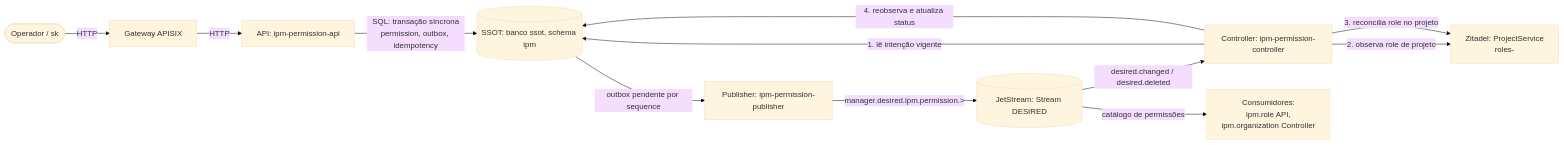
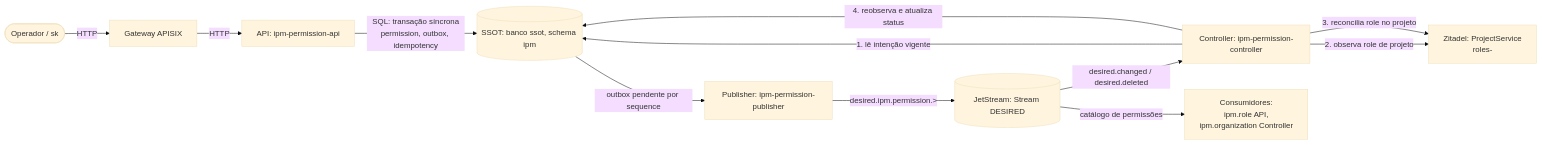
One commit to danielsabatini/smarkee changed the diagram in features/ipm/permission/docs/architecture/01-componentes.mmd. Above: the diagram before and after it, drawn with Mermaid (base theme). The commit also changed 81 other files, not shown here.

Commit message:
docs: alinhar documentações e diagramas aos subjects de 4 tokens do NATS

```diff
--- a/features/ipm/permission/docs/architecture/01-componentes.mmd
+++ b/features/ipm/permission/docs/architecture/01-componentes.mmd
@@ -1,12 +1,12 @@
 flowchart LR
   U([Operador / sk]) -->|HTTP| GW[Gateway APISIX]
   GW -->|HTTP| API[API: ipm-permission-api]
   API -->|SQL: transação síncrona\npermission, outbox, idempotency| DB[(SSOT: banco ssot, schema ipm)]
   DB -->|outbox pendente por sequence| PUB[Publisher: ipm-permission-publisher]
-  PUB -->|manager.desired.ipm.permission.>| NATS[(JetStream: Stream DESIRED)]
+  PUB -->|desired.ipm.permission.>| NATS[(JetStream: Stream DESIRED)]
   NATS -->|desired.changed / desired.deleted| CTRL[Controller: ipm-permission-controller]
   CTRL -->|1. lê intenção vigente| DB
   CTRL -->|2. observa role de projeto| ZIT["Zitadel: ProjectService\nroles-<módulo>"]
   CTRL -->|3. reconcilia role no projeto| ZIT
   CTRL -->|4. reobserva e atualiza status| DB
   NATS -->|catálogo de permissões| CONS[Consumidores:\nipm.role API,\nipm.organization Controller]
```
